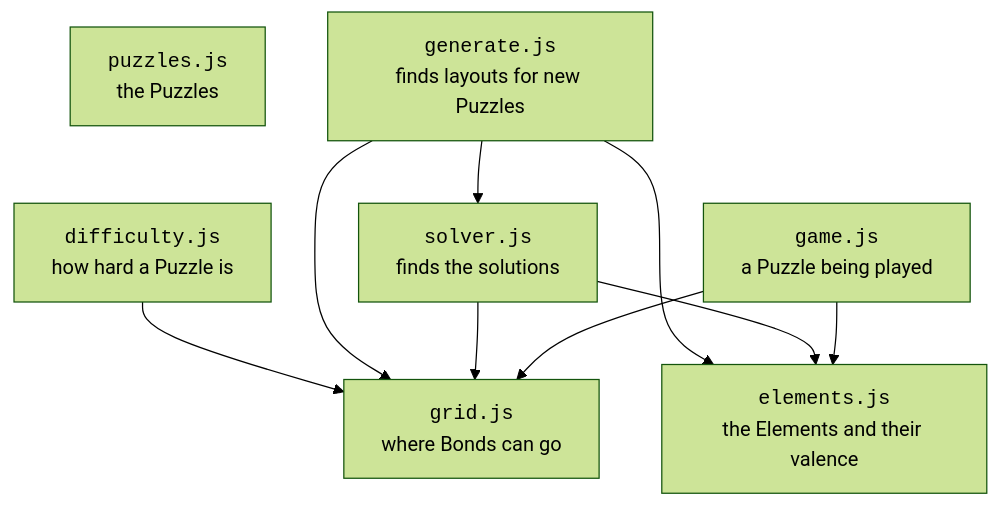
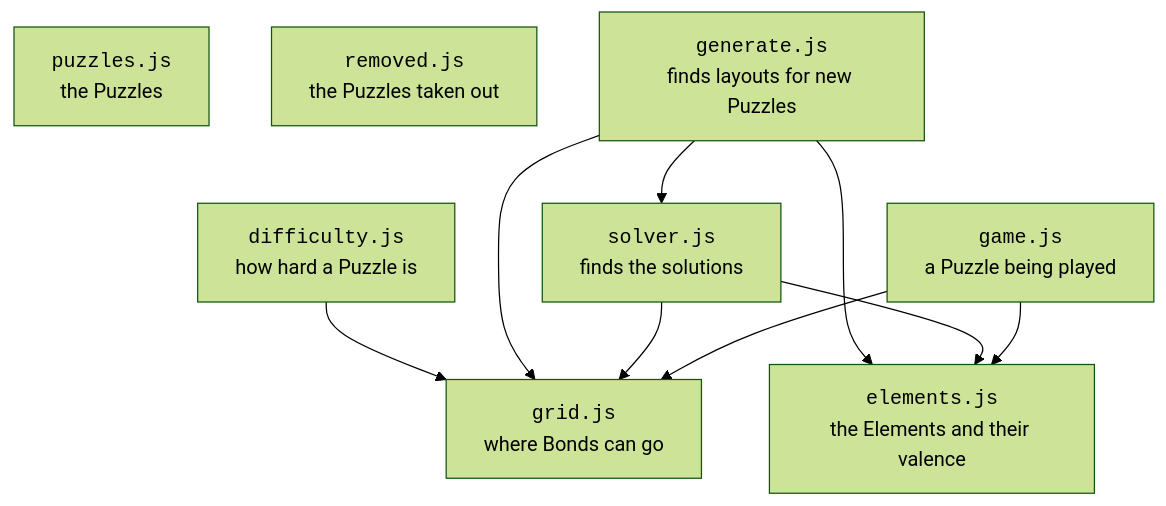
The second of 2 diagrams in docs/architecture.md (treetopbottle/molecuzzle), drawn with Mermaid (forest theme) before and after one commit. The commit also changed other lines of this file and 8 other files, not shown here.

````diff
--- a/docs/architecture.md
+++ b/docs/architecture.md
@@ -40,19 +40,20 @@
 ```mermaid
 flowchart TD
   puzzles["<code>puzzles.js</code><br/>the Puzzles"]
+  removed["<code>removed.js</code><br/>the Puzzles taken out"]
   game["<code>game.js</code><br/>a Puzzle being played"]
   solver["<code>solver.js</code><br/>finds the solutions"]
   gen["<code>generate.js</code><br/>finds layouts for new Puzzles"]
   diff["<code>difficulty.js</code><br/>how hard a Puzzle is"]
   grid["<code>grid.js</code><br/>where Bonds can go"]
   elements["<code>elements.js</code><br/>the Elements and their valence"]
 
   game --> elements
   game --> grid
   solver --> elements
   solver --> grid
   gen --> grid
   gen --> elements
   gen --> solver
   diff --> grid
 ```
````
